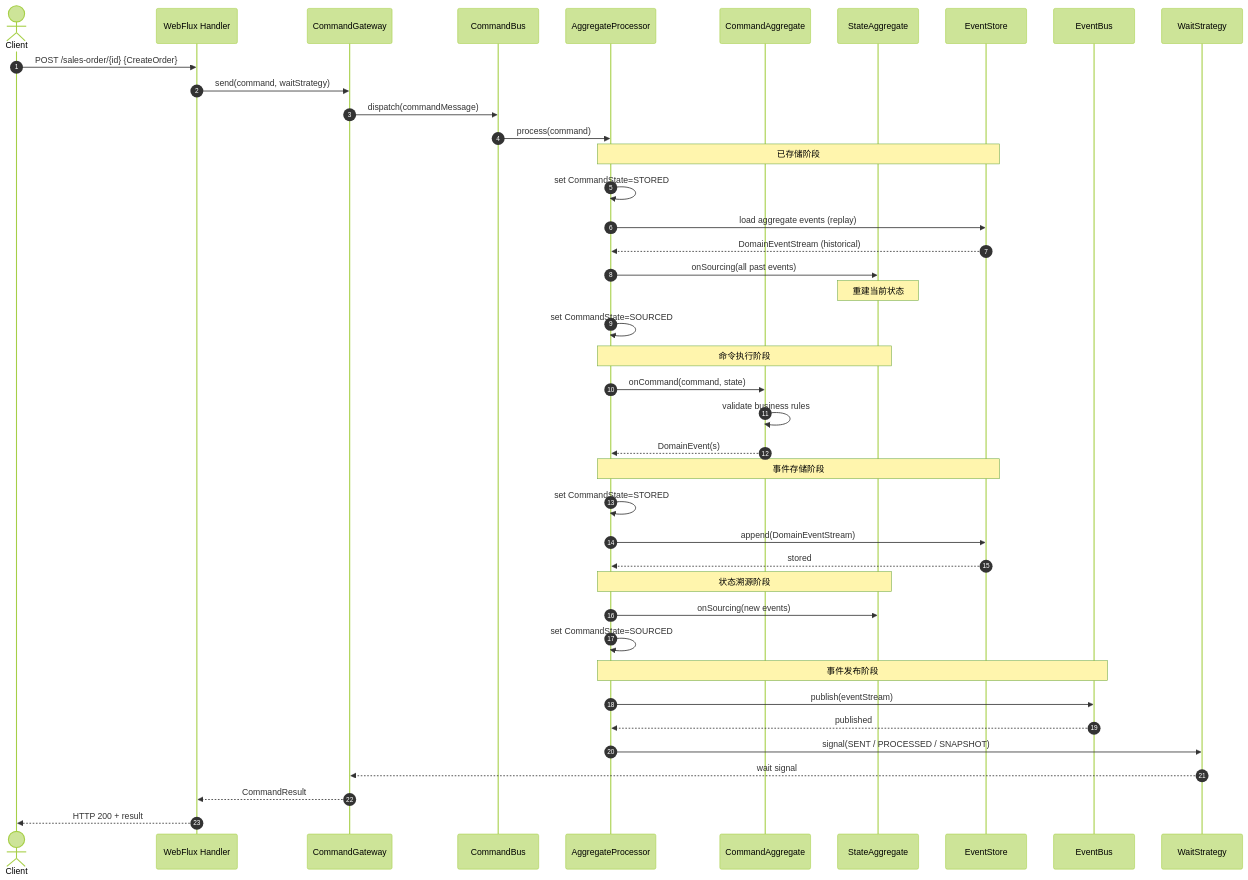
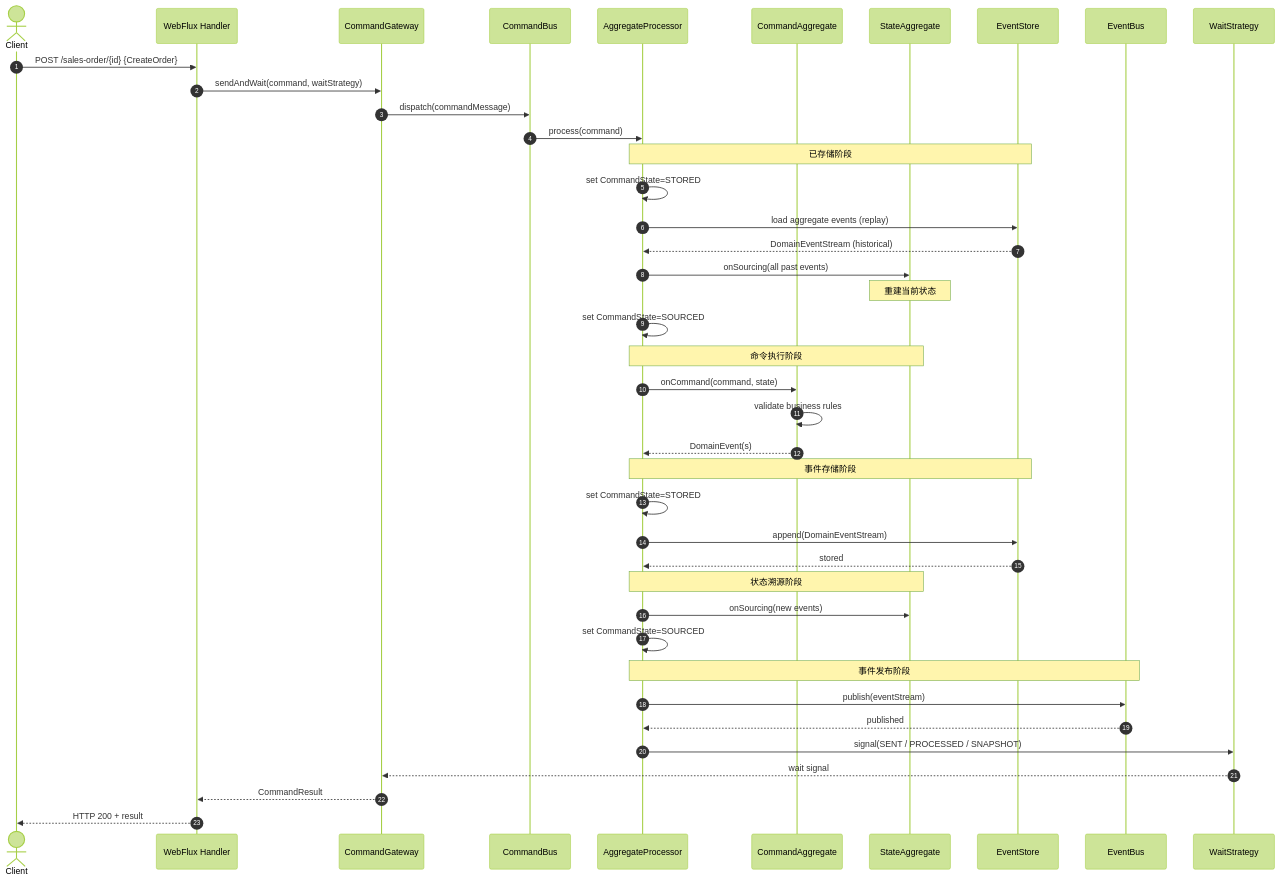
Before and after one commit to Ahoo-Wang/Wow: the seventh of 9 diagrams in documentation/docs/zh/onboarding/contributor-guide.md, drawn with Mermaid (forest theme). The commit also changed other lines of this file and 17 other files, not shown here.

First line of the commit message:
refactor(core): hide wait-strategy send API

````diff
--- a/documentation/docs/zh/onboarding/contributor-guide.md
+++ b/documentation/docs/zh/onboarding/contributor-guide.md
@@ -458,50 +458,50 @@
 ```mermaid
 sequenceDiagram
     autonumber
     actor Client
     participant WF as WebFlux Handler
     participant GW as CommandGateway
     participant CB as CommandBus
     participant AP as AggregateProcessor
     participant CAGG as CommandAggregate
     participant SAGG as StateAggregate
     participant ES as EventStore
     participant EB as EventBus
     participant WS as WaitStrategy
 
     Client->>WF: POST /sales-order/{id} {CreateOrder}
-    WF->>GW: send(command, waitStrategy)
+    WF->>GW: sendAndWait(command, waitStrategy)
     GW->>CB: dispatch(commandMessage)
     CB->>AP: process(command)
 
     Note over AP,ES: 已存储阶段
     AP->>AP: set CommandState=STORED
     AP->>ES: load aggregate events (replay)
     ES-->>AP: DomainEventStream (historical)
     AP->>SAGG: onSourcing(all past events)
     Note over SAGG: 重建当前状态
     AP->>AP: set CommandState=SOURCED
 
     Note over AP,SAGG: 命令执行阶段
     AP->>CAGG: onCommand(command, state)
     CAGG->>CAGG: validate business rules
     CAGG-->>AP: DomainEvent(s)
 
     Note over AP,ES: 事件存储阶段
     AP->>AP: set CommandState=STORED
     AP->>ES: append(DomainEventStream)
     ES-->>AP: stored
 
     Note over AP,SAGG: 状态溯源阶段
     AP->>SAGG: onSourcing(new events)
     AP->>AP: set CommandState=SOURCED
 
     Note over AP,EB: 事件发布阶段
     AP->>EB: publish(eventStream)
     EB-->>AP: published
 
     AP->>WS: signal(SENT / PROCESSED / SNAPSHOT)
     WS-->>GW: wait signal
     GW-->>WF: CommandResult
     WF-->>Client: HTTP 200 + result
 ```
````
